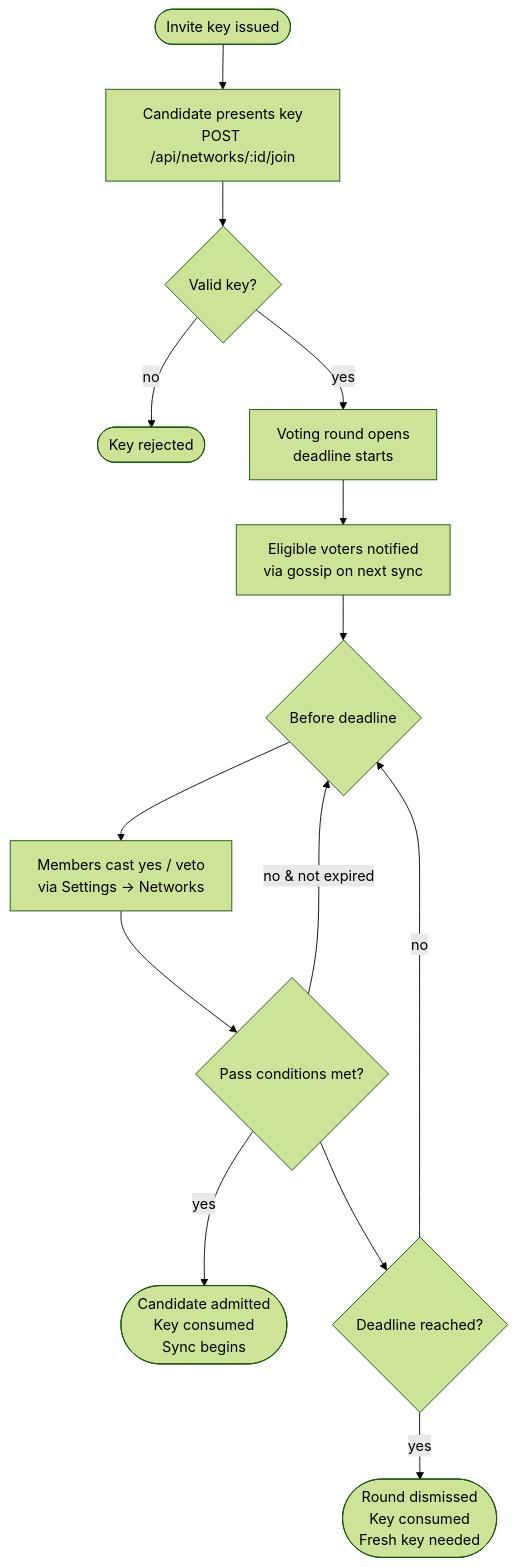
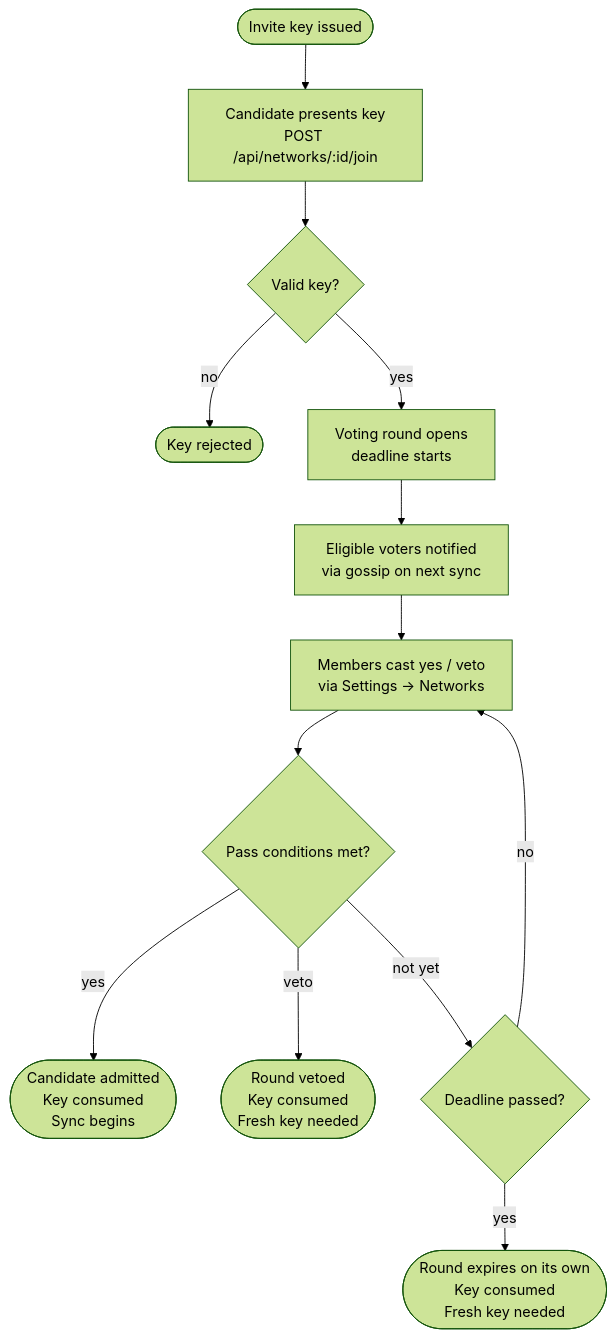
One commit to ythril-network/Ythril changed diagram 16 of 17 in docs/network-types.md. Above: the diagram before and after it, drawn with Mermaid (forest theme). The commit also changed other lines of this file and 59 other files, not shown here.

````diff
--- a/docs/network-types.md
+++ b/docs/network-types.md
@@ -498,16 +498,15 @@
 ```mermaid
 flowchart TD
     A([Invite key issued]) --> B[Candidate presents key\nPOST /api/networks/:id/join]
     B --> C{Valid key?}
     C -- no --> FAIL1([Key rejected])
     C -- yes --> D[Voting round opens\ndeadline starts]
     D --> E[Eligible voters notified\nvia gossip on next sync]
-    E --> F{Before deadline}
-    F --> G[Members cast yes / veto\nvia Settings → Networks]
+    E --> G[Members cast yes / veto\nvia Settings → Networks]
     G --> H{Pass conditions met?}
     H -- yes --> PASS([Candidate admitted\nKey consumed\nSync begins])
-    H --> I{Deadline reached?}
-    I -- yes --> FAIL2([Round dismissed\nKey consumed\nFresh key needed])
-    I -- no --> F
-    H -- no & not expired --> F
+    H -- veto --> FAIL3([Round vetoed\nKey consumed\nFresh key needed])
+    H -- not yet --> I{Deadline passed?}
+    I -- no --> G
+    I -- yes --> FAIL2([Round expires on its own\nKey consumed\nFresh key needed])
 ```
````
